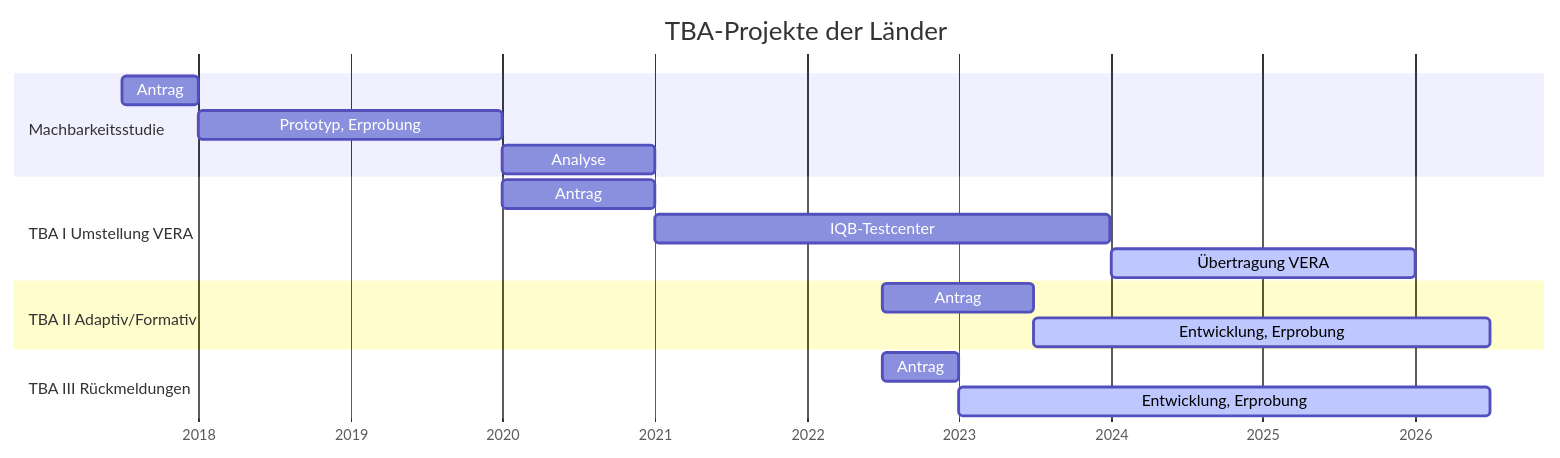
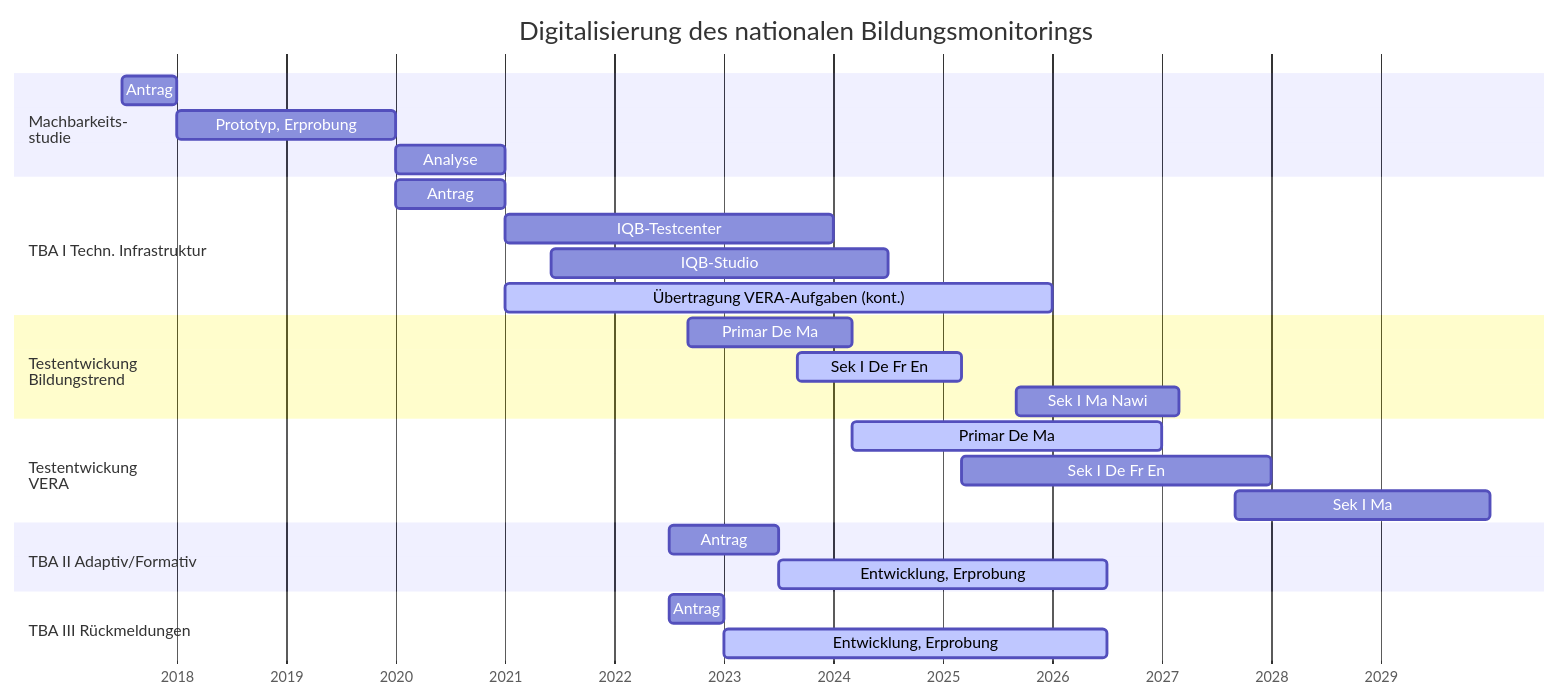
The first of 2 diagrams in Einfuehrung/index.qmd (iqb-berlin/tba-info), drawn with Mermaid before and after one commit. The commit also changed other lines of this file and 2 other files, not shown here.

Commit message:
Expand timeline tba projects in intro

````diff
--- a/Einfuehrung/index.qmd
+++ b/Einfuehrung/index.qmd
@@ -23,25 +21,36 @@
 ```{mermaid}
 gantt
-title TBA-Projekte der Länder
+title Digitalisierung des nationalen Bildungsmonitorings
 dateFormat YYYY-MM-DD
 axisFormat %Y
 tickInterval 12month
 
-section Machbarkeitsstudie
+section Machbarkeits-<br/>studie
   Antrag  : 2017-07-01, 2017-12-31
   Prototyp, Erprobung : 2018-01-01, 2019-12-31
   Analyse : 2020-01-01, 2020-12-31
 
-section TBA I Umstellung VERA
+section TBA I Techn. Infrastruktur
   Antrag : 2020-01-01, 2020-12-31
   IQB-Testcenter : 2021-01-01, 2023-12-31
-  Übertragung VERA : active, 2024-01-01, 2025-12-31
+  IQB-Studio : 2021-06-01, 2024-06-30
+  Übertragung VERA-Aufgaben (kont.): active, 2021-01-01, 2025-12-31
+
+section Testentwickung<br/>Bildungstrend
+  Primar De Ma : 2022-09-01, 2024-03-01
+  Sek I De Fr En : active, 2023-09-01, 2025-03-01
+  Sek I Ma Nawi : 2025-09-01, 2027-03-01
+
+section Testentwickung<br/>VERA
+  Primar De Ma : active, 2024-03-01, 2026-12-31
+  Sek I De Fr En : 2025-03-01, 2027-12-31
+  Sek I Ma : 2027-09-01, 2029-12-31
 
 section TBA II Adaptiv/Formativ
   Antrag : 2022-07-01, 2023-06-30
   Entwicklung, Erprobung : active, 2023-07-01, 2026-06-30
 
 section TBA III Rückmeldungen
   Antrag : 2022-07-01, 2022-12-31
   Entwicklung, Erprobung : active, 2023-01-01, 2026-06-30
 ```
````
